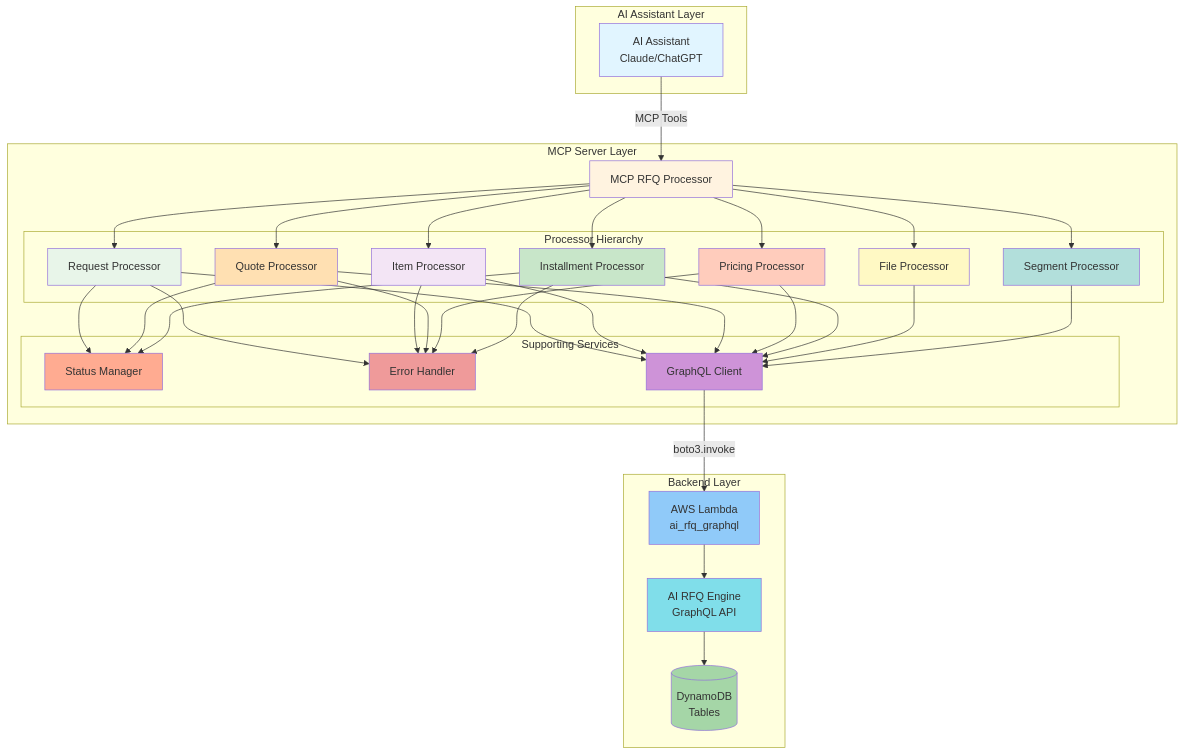
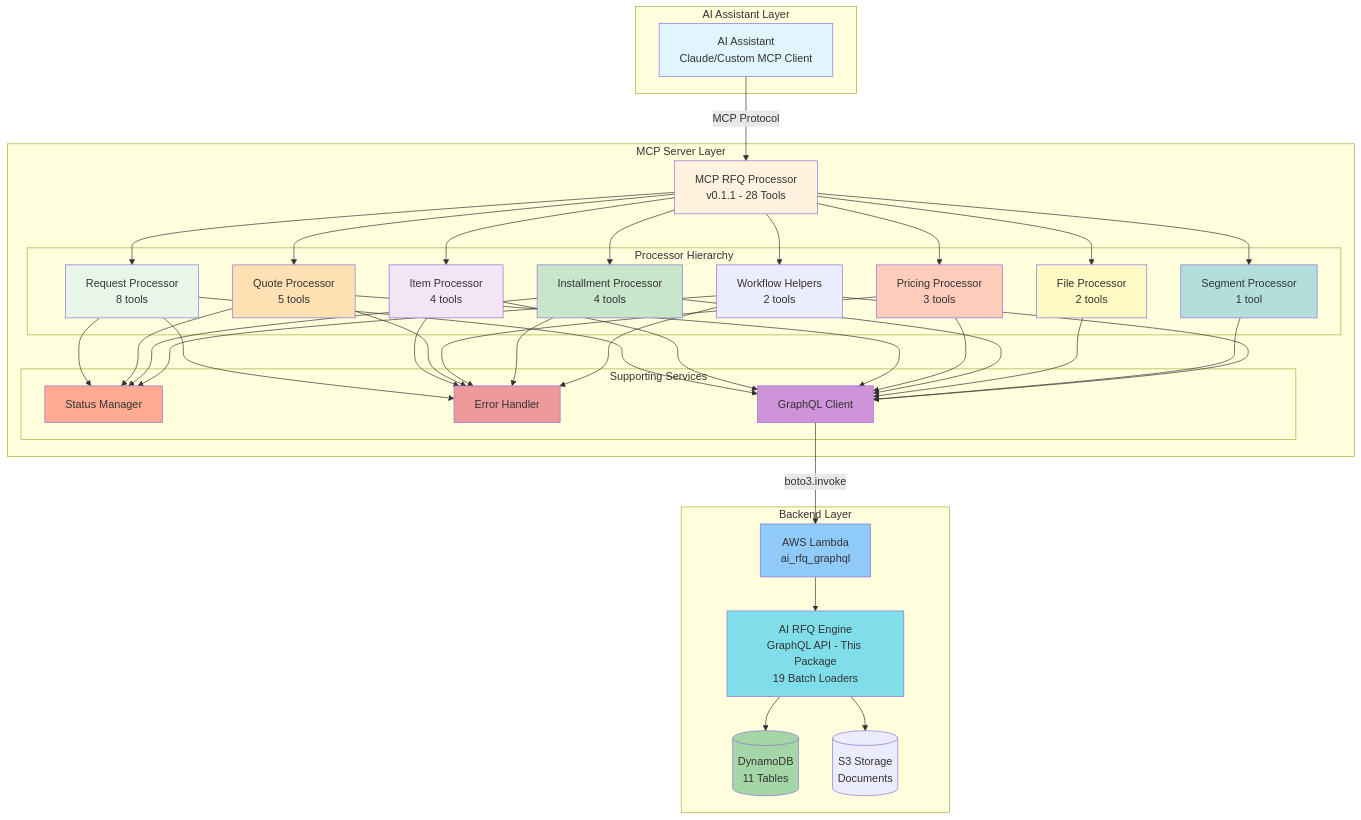
Before and after one commit to ideabosque/ai_rfq_engine: diagram 16 of 16 in docs/DEVELOPMENT_PLAN.md, drawn with Mermaid. The commit also changed other lines of this file and 1 other file, not shown here.

````diff
--- a/docs/DEVELOPMENT_PLAN.md
+++ b/docs/DEVELOPMENT_PLAN.md
@@ -1571,20 +1584,21 @@
 ```mermaid
 graph TB
     subgraph "AI Assistant Layer"
-        AI[AI Assistant<br/>Claude/ChatGPT]
+        AI[AI Assistant<br/>Claude/Custom MCP Client]
     end
 
     subgraph "MCP Server Layer"
-        MCP[MCP RFQ Processor]
+        MCP[MCP RFQ Processor<br/>v0.1.1 - 28 Tools]
 
         subgraph "Processor Hierarchy"
-            RP[Request Processor]
-            IP[Item Processor]
-            QP[Quote Processor]
-            PP[Pricing Processor]
-            InstP[Installment Processor]
-            FP[File Processor]
-            SP[Segment Processor]
+            RP[Request Processor<br/>8 tools]
+            IP[Item Processor<br/>4 tools]
+            QP[Quote Processor<br/>5 tools]
+            PP[Pricing Processor<br/>3 tools]
+            InstP[Installment Processor<br/>4 tools]
+            FP[File Processor<br/>2 tools]
+            SP[Segment Processor<br/>1 tool]
+            WP[Workflow Helpers<br/>2 tools]
         end
 
         subgraph "Supporting Services"
@@ -1596,11 +1610,12 @@
 
     subgraph "Backend Layer"
         Lambda[AWS Lambda<br/>ai_rfq_graphql]
-        Engine[AI RFQ Engine<br/>GraphQL API]
-        DB[(DynamoDB<br/>Tables)]
+        Engine[AI RFQ Engine<br/>GraphQL API - This Package<br/>19 Batch Loaders]
+        DB[(DynamoDB<br/>11 Tables)]
+        S3[(S3 Storage<br/>Documents)]
     end
 
-    AI -->|MCP Tools| MCP
+    AI -->|MCP Protocol| MCP
     MCP --> RP
     MCP --> IP
     MCP --> QP
@@ -1608,10 +1623,12 @@
     MCP --> InstP
     MCP --> FP
     MCP --> SP
+    MCP --> WP
 
     RP --> SM
     QP --> SM
     InstP --> SM
+    WP --> SM
 
     RP --> GQL
     IP --> GQL
@@ -1620,16 +1637,19 @@
     InstP --> GQL
     FP --> GQL
     SP --> GQL
+    WP --> GQL
 
     RP --> EH
     IP --> EH
     QP --> EH
     PP --> EH
     InstP --> EH
+    WP --> EH
 
     GQL -->|boto3.invoke| Lambda
     Lambda --> Engine
     Engine --> DB
+    Engine --> S3
 
     style AI fill:#e1f5ff
     style MCP fill:#fff3e0
````
